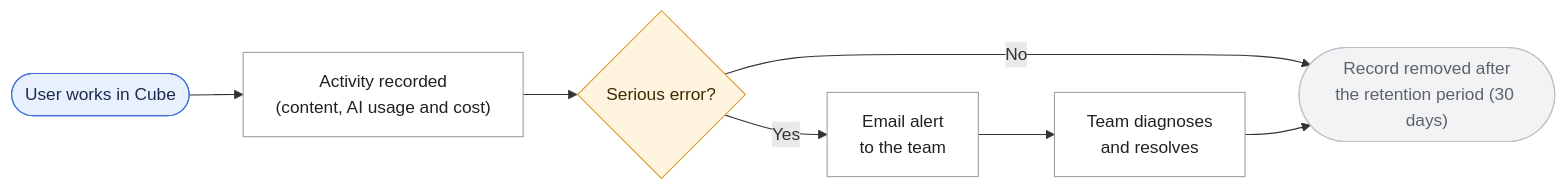
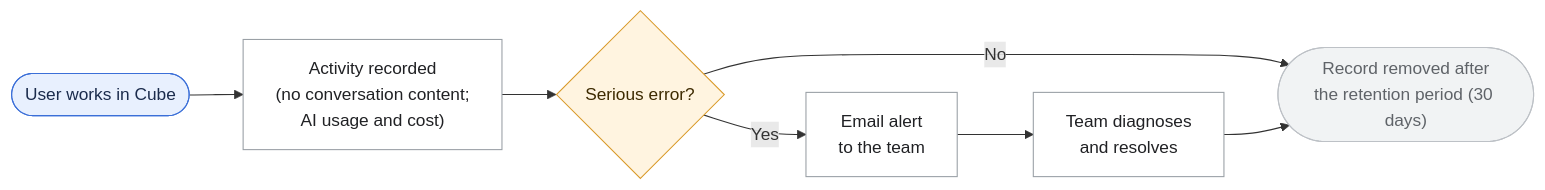
The first of 2 diagrams in docs/features/monitoring-logging-cleanup/requirement_monitoring_logging_cleanup.md (SwanandAI/diffusion-cube), drawn with Mermaid before and after one commit. The commit also changed other lines of this file and 1 other file, not shown here.

````diff
--- a/docs/features/monitoring-logging-cleanup/requirement_monitoring_logging_cleanup.md
+++ b/docs/features/monitoring-logging-cleanup/requirement_monitoring_logging_cleanup.md
@@ -33,19 +33,19 @@
 ```mermaid
 flowchart LR
-    A(["User works in Cube"]) --> B["Activity recorded<br/>(content, AI usage and cost)"]
+    A(["User works in Cube"]) --> B["Activity recorded<br/>(no conversation content;<br/>AI usage and cost)"]
     B --> D{"Serious error?"}
     D -->|"Yes"| E["Email alert<br/>to the team"]
     E --> F["Team diagnoses<br/>and resolves"]
     D -->|"No"| G(["Record removed after<br/>the retention period (30 days)"])
     F --> G
 
     classDef start fill:#E8F0FE,stroke:#3B6FD8,color:#1A2B4C
     classDef decision fill:#FFF4E0,stroke:#D99A2B,color:#3D2A00
     classDef step fill:#FFFFFF,stroke:#9AA0A6,color:#202124
     classDef stop fill:#F1F3F4,stroke:#BDC1C6,color:#5F6368
 
     class A start
     class D decision
     class B,E,F step
     class G stop
 ```
````
